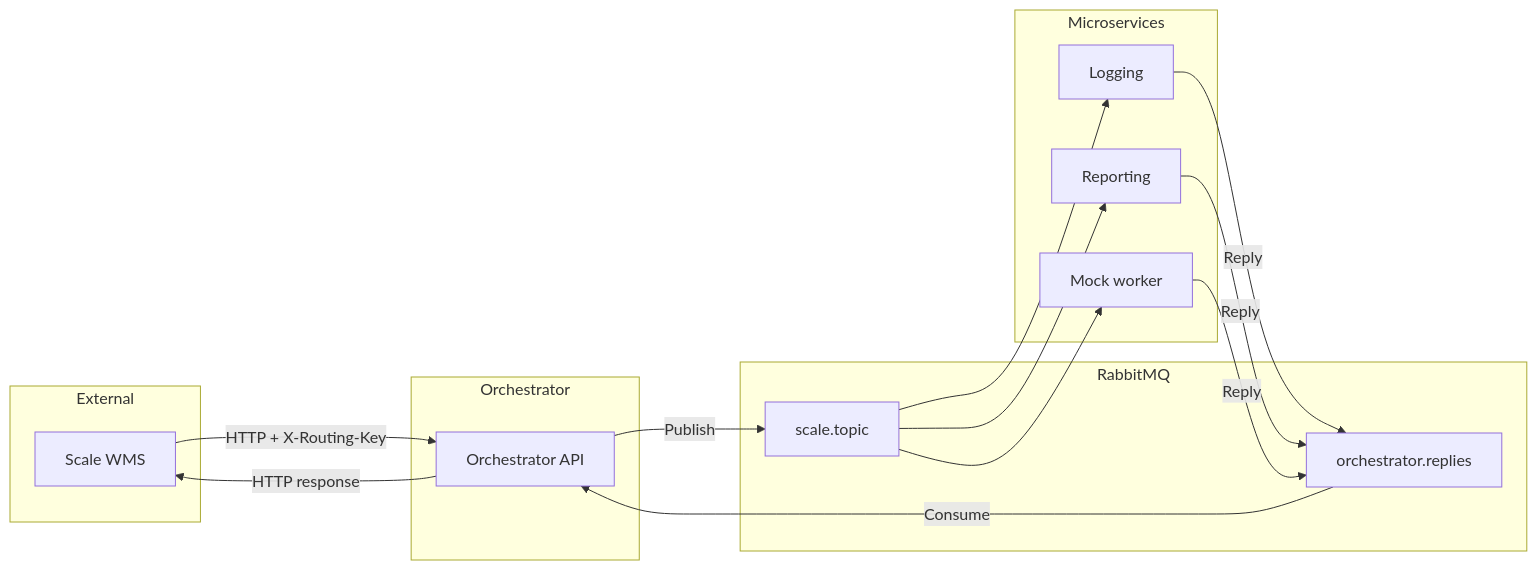
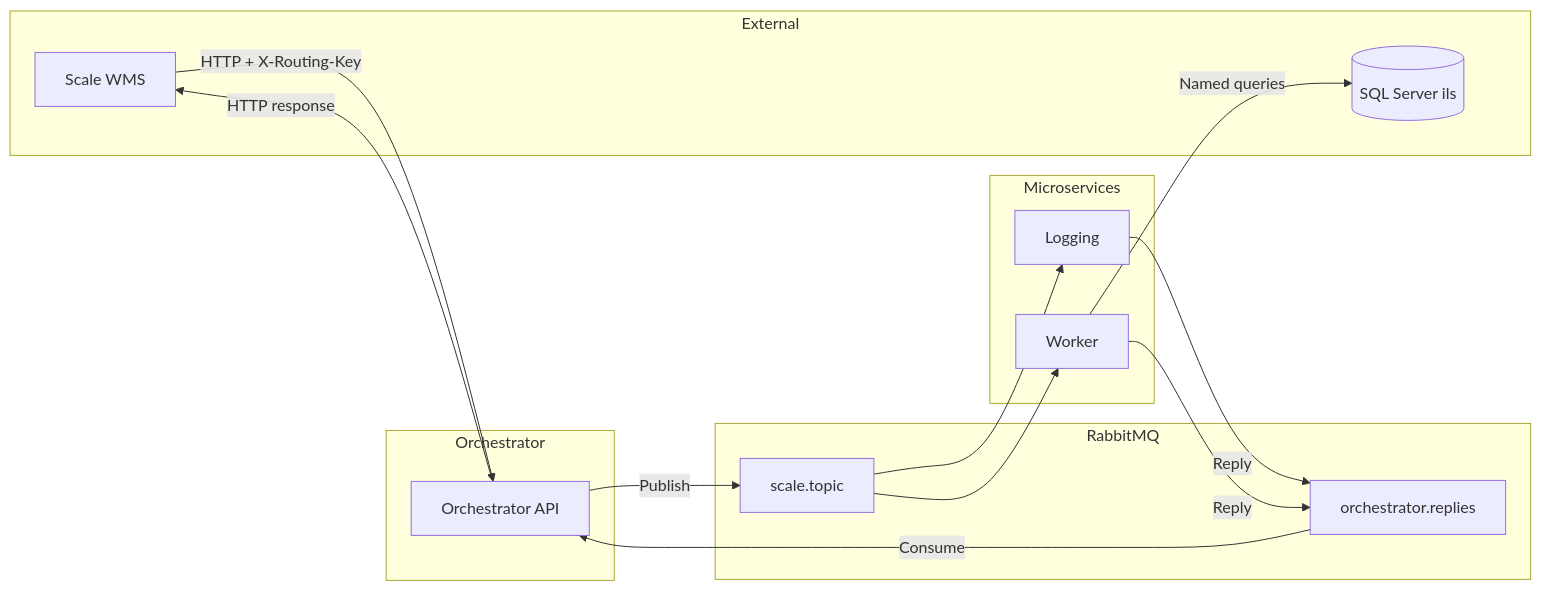
One commit to CosminMihai09/scale-wms-orchestrator changed the first of 5 diagrams in docs/flow-diagram.md. Above: the diagram before and after it, drawn with Mermaid. The commit also changed other lines of this file and 27 other files, not shown here.

First line of the commit message:
feat: add SQL Server worker and centralize database config

````diff
--- a/docs/flow-diagram.md
+++ b/docs/flow-diagram.md
@@ -9,32 +9,31 @@
 ```mermaid
 flowchart LR
     subgraph External
         WMS[Scale WMS]
+        SQL[("SQL Server ils")]
     end
 
     subgraph "Orchestrator"
         API[Orchestrator API]
     end
 
     subgraph "RabbitMQ"
         EX[scale.topic]
         RQ[orchestrator.replies]
     end
 
     subgraph "Microservices"
         LOG[Logging]
-        RPT[Reporting]
-        WRK[Mock worker]
+        WRK[Worker]
     end
 
     WMS -->|HTTP + X-Routing-Key| API
     API -->|Publish| EX
     EX --> LOG
-    EX --> RPT
     EX --> WRK
+    WRK -->|Named queries| SQL
     LOG -->|Reply| RQ
-    RPT -->|Reply| RQ
     WRK -->|Reply| RQ
     RQ -->|Consume| API
     API -->|HTTP response| WMS
 ```
````
